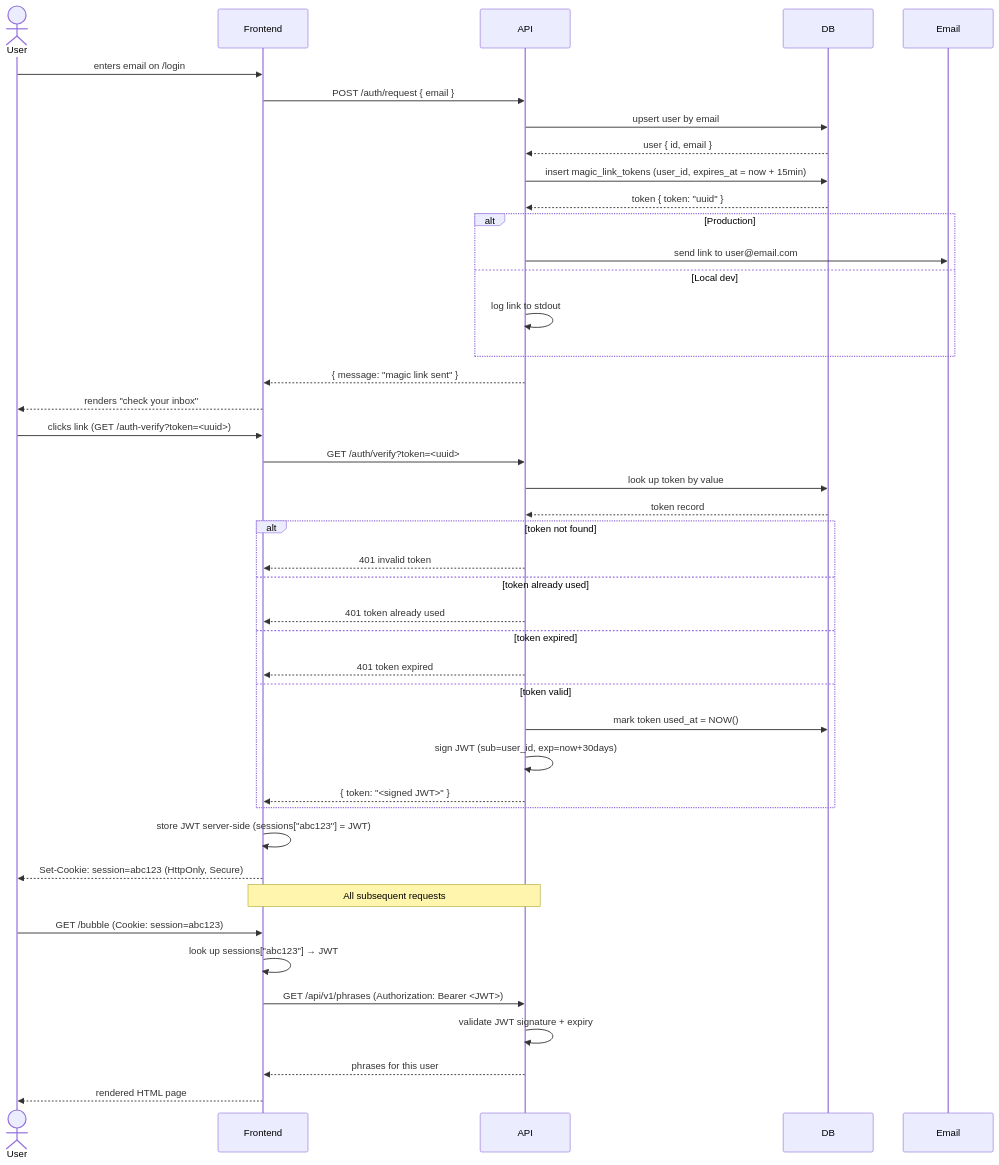
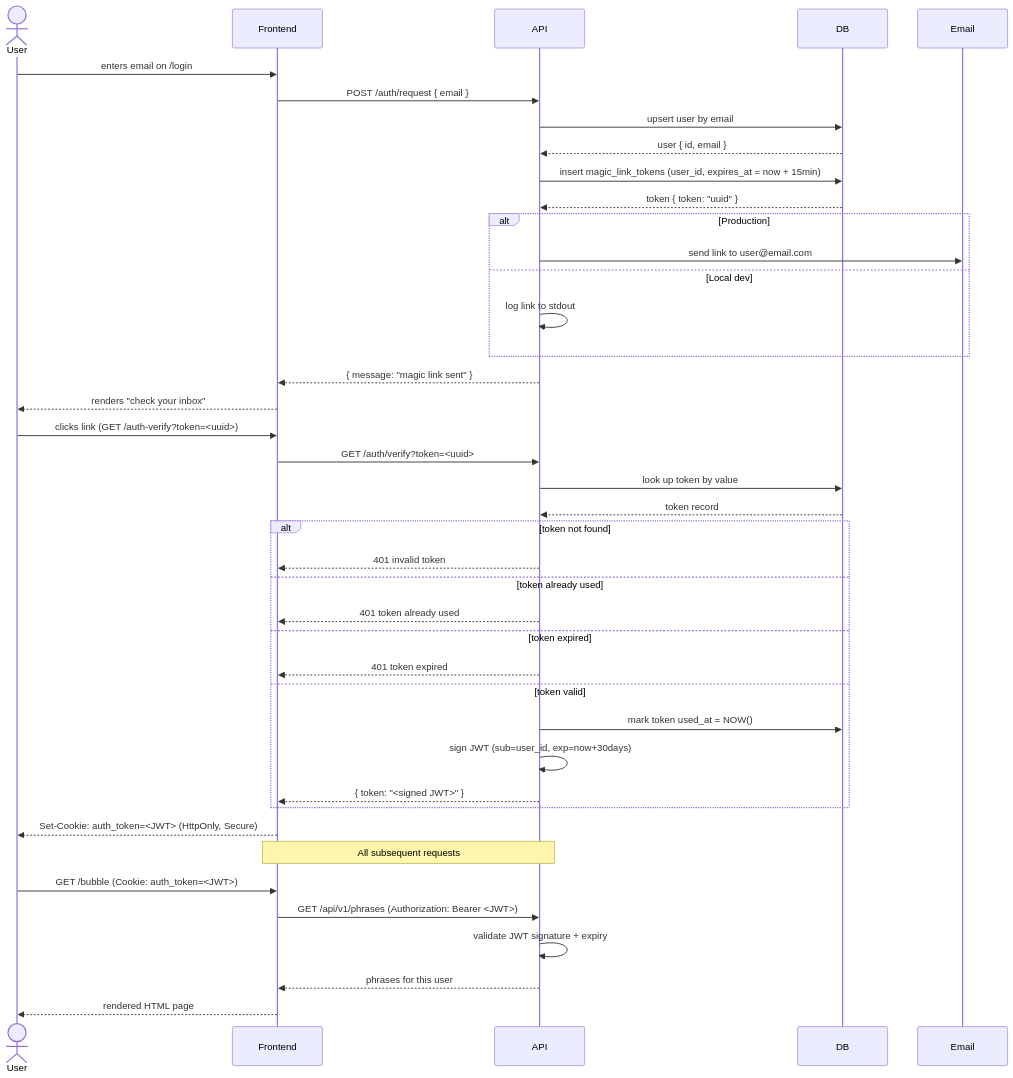
The diagram in docs/auth-magic-link.md (andreistefanciprian/phrasely), drawn with Mermaid before and after one commit. The commit also changed other lines of this file and 5 other files, not shown here.

Commit message:
Clean up legacy session model and document auth cookie tradeoffs

````diff
--- a/docs/auth-magic-link.md
+++ b/docs/auth-magic-link.md
@@ -5,54 +5,52 @@
 ```mermaid
 sequenceDiagram
     actor User
     participant Frontend
     participant API
     participant DB
     participant Email
 
     User->>Frontend: enters email on /login
     Frontend->>API: POST /auth/request { email }
     API->>DB: upsert user by email
     DB-->>API: user { id, email }
     API->>DB: insert magic_link_tokens (user_id, expires_at = now + 15min)
     DB-->>API: token { token: "uuid" }
 
     alt Production
         API->>Email: send link to user@email.com
     else Local dev
         API->>API: log link to stdout
     end
 
     API-->>Frontend: { message: "magic link sent" }
     Frontend-->>User: renders "check your inbox"
 
     User->>Frontend: clicks link (GET /auth-verify?token=<uuid>)
     Frontend->>API: GET /auth/verify?token=<uuid>
 
     API->>DB: look up token by value
     DB-->>API: token record
 
     alt token not found
         API-->>Frontend: 401 invalid token
     else token already used
         API-->>Frontend: 401 token already used
     else token expired
         API-->>Frontend: 401 token expired
     else token valid
         API->>DB: mark token used_at = NOW()
         API->>API: sign JWT (sub=user_id, exp=now+30days)
         API-->>Frontend: { token: "<signed JWT>" }
     end
 
-    Frontend->>Frontend: store JWT server-side (sessions["abc123"] = JWT)
-    Frontend-->>User: Set-Cookie: session=abc123 (HttpOnly, Secure)
+    Frontend-->>User: Set-Cookie: auth_token=<JWT> (HttpOnly, Secure)
 
     Note over Frontend,API: All subsequent requests
 
-    User->>Frontend: GET /bubble (Cookie: session=abc123)
-    Frontend->>Frontend: look up sessions["abc123"] → JWT
+    User->>Frontend: GET /bubble (Cookie: auth_token=<JWT>)
     Frontend->>API: GET /api/v1/phrases (Authorization: Bearer <JWT>)
     API->>API: validate JWT signature + expiry
     API-->>Frontend: phrases for this user
     Frontend-->>User: rendered HTML page
 ```
````
